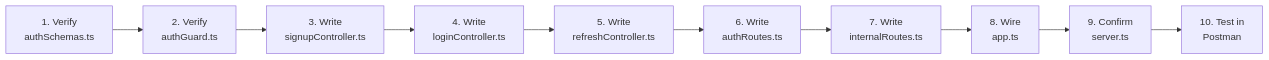
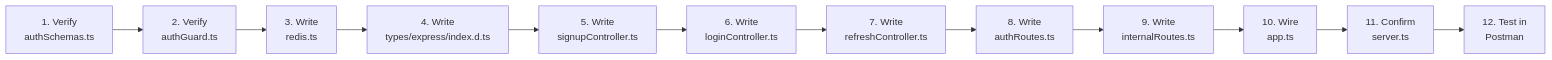
The second of 2 diagrams in services/auth-service/md/Auth_service_progress.MD (ritam-g/GOOGLE_MEET), drawn with Mermaid before and after one commit. The commit also changed other lines of this file, not shown here.

Commit message:
feat(auth-service): update progress tracker with new file dependencies and structure

````diff
--- a/services/auth-service/md/Auth_service_progress.MD
+++ b/services/auth-service/md/Auth_service_progress.MD
@@ -193,12 +246,14 @@
 ```mermaid
 flowchart LR
     A[1. Verify<br/>authSchemas.ts] --> B[2. Verify<br/>authGuard.ts]
-    B --> C[3. Write<br/>signupController.ts]
-    C --> D[4. Write<br/>loginController.ts]
-    D --> E[5. Write<br/>refreshController.ts]
-    E --> F[6. Write<br/>authRoutes.ts]
-    F --> G[7. Write<br/>internalRoutes.ts]
-    G --> H[8. Wire<br/>app.ts]
-    H --> I[9. Confirm<br/>server.ts]
-    I --> J[10. Test in<br/>Postman]
+    B --> C[3. Write<br/>redis.ts]
+    C --> D[4. Write<br/>types/express/index.d.ts]
+    D --> E[5. Write<br/>signupController.ts]
+    E --> F[6. Write<br/>loginController.ts]
+    F --> G[7. Write<br/>refreshController.ts]
+    G --> H[8. Write<br/>authRoutes.ts]
+    H --> I[9. Write<br/>internalRoutes.ts]
+    I --> J[10. Wire<br/>app.ts]
+    J --> K[11. Confirm<br/>server.ts]
+    K --> L[12. Test in<br/>Postman]
 ```
````
